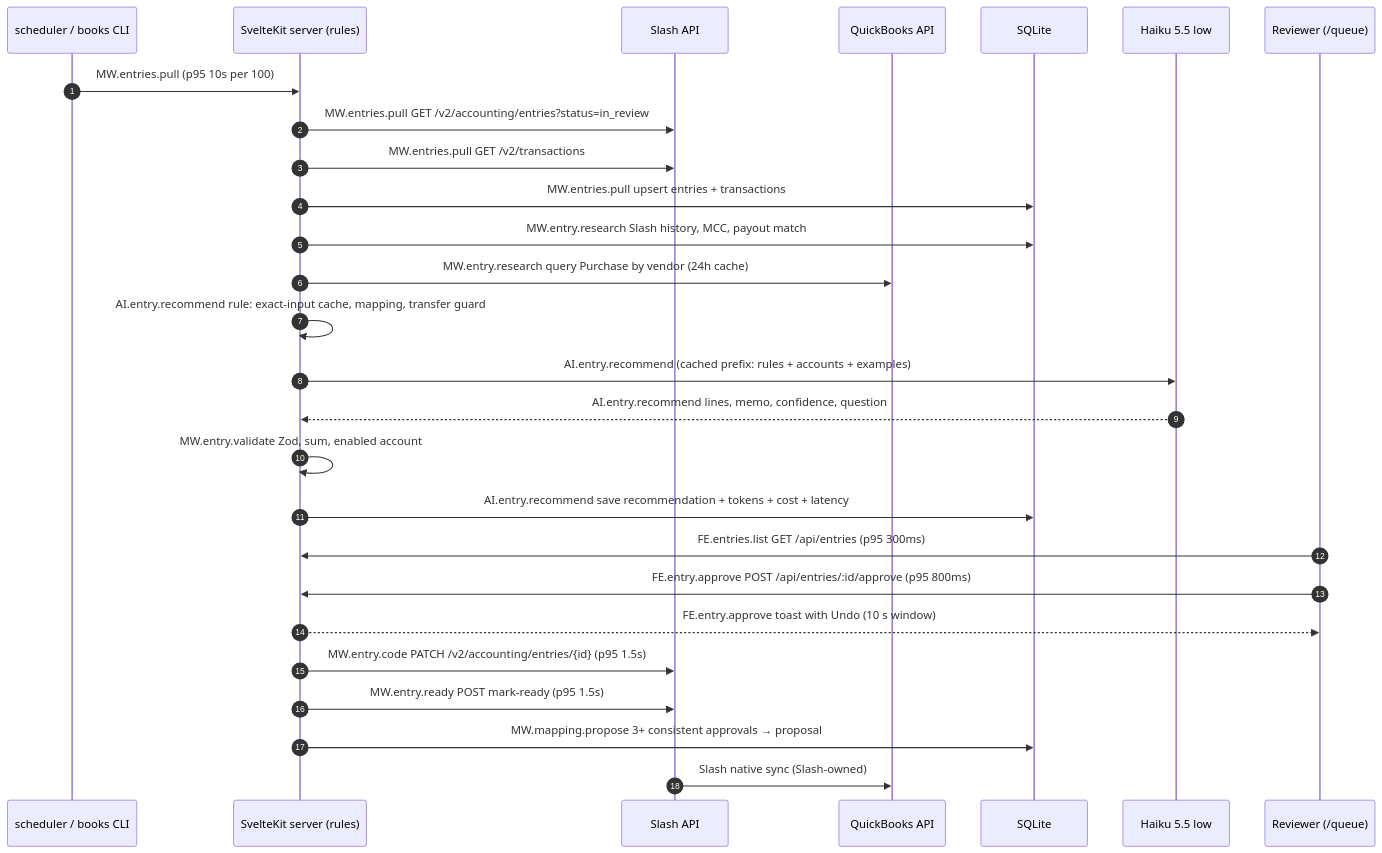
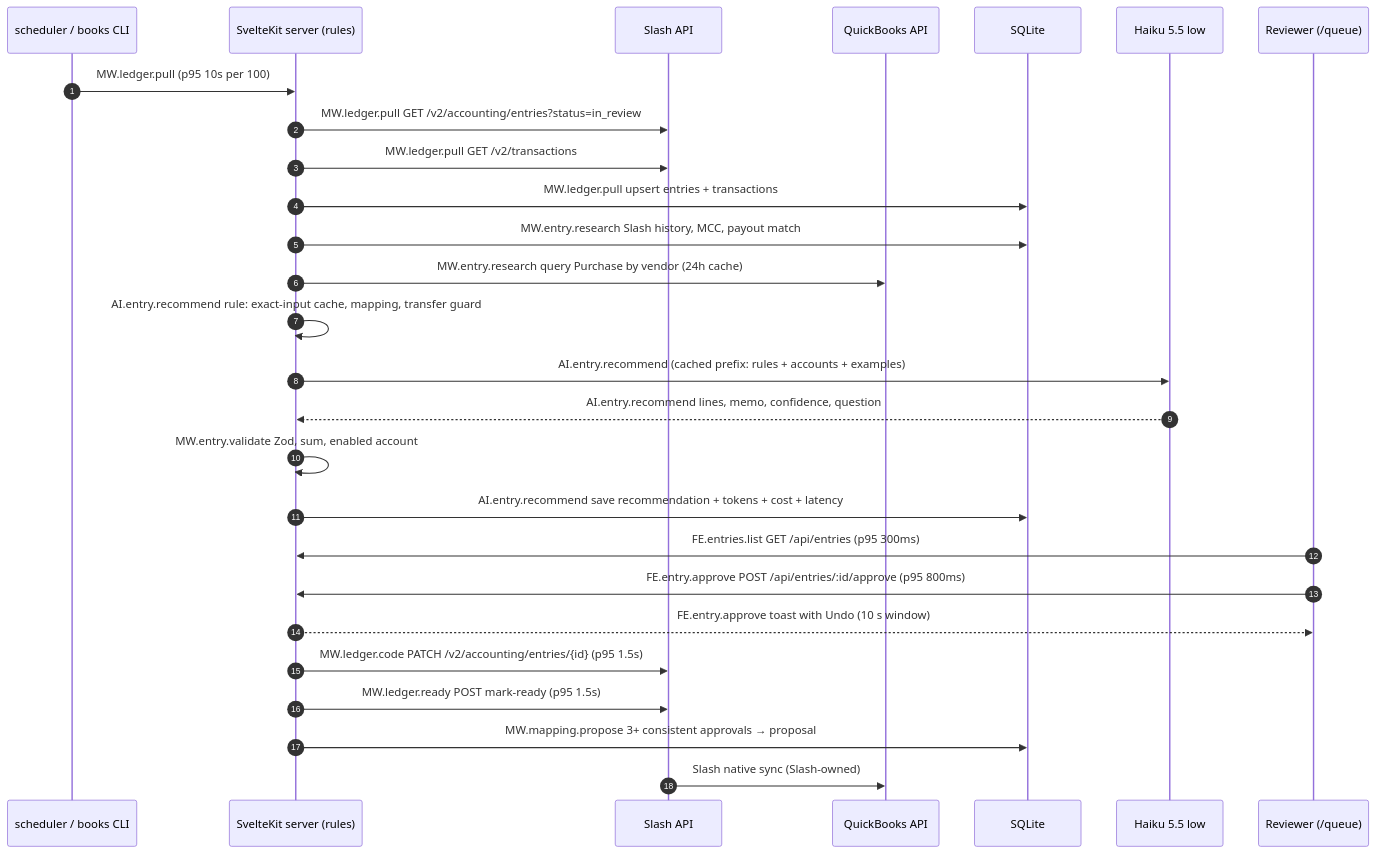
Before and after one commit to MAKaminski/svelte-accounting-agent: the fourth of 12 diagrams in ARCHITECTURE.md, drawn with Mermaid. The commit also changed other lines of this file and 67 other files, not shown here.

````diff
--- a/ARCHITECTURE.md
+++ b/ARCHITECTURE.md
@@ -343,29 +400,29 @@
 ```mermaid
 sequenceDiagram
   autonumber
   participant CRON as scheduler / books CLI
   participant MW as SvelteKit server (rules)
   participant SL as Slash API
   participant QB as QuickBooks API
   participant DB as SQLite
   participant H as Haiku 5.5 low
   participant U as Reviewer (/queue)
-  CRON->>MW: MW.entries.pull (p95 10s per 100)
-  MW->>SL: MW.entries.pull GET /v2/accounting/entries?status=in_review
-  MW->>SL: MW.entries.pull GET /v2/transactions
-  MW->>DB: MW.entries.pull upsert entries + transactions
+  CRON->>MW: MW.ledger.pull (p95 10s per 100)
+  MW->>SL: MW.ledger.pull GET /v2/accounting/entries?status=in_review
+  MW->>SL: MW.ledger.pull GET /v2/transactions
+  MW->>DB: MW.ledger.pull upsert entries + transactions
   MW->>DB: MW.entry.research Slash history, MCC, payout match
   MW->>QB: MW.entry.research query Purchase by vendor (24h cache)
   MW->>MW: AI.entry.recommend rule: exact-input cache, mapping, transfer guard
   MW->>H: AI.entry.recommend (cached prefix: rules + accounts + examples)
   H-->>MW: AI.entry.recommend lines, memo, confidence, question
   MW->>MW: MW.entry.validate Zod, sum, enabled account
   MW->>DB: AI.entry.recommend save recommendation + tokens + cost + latency
   U->>MW: FE.entries.list GET /api/entries (p95 300ms)
   U->>MW: FE.entry.approve POST /api/entries/:id/approve (p95 800ms)
   MW-->>U: FE.entry.approve toast with Undo (10 s window)
-  MW->>SL: MW.entry.code PATCH /v2/accounting/entries/{id} (p95 1.5s)
-  MW->>SL: MW.entry.ready POST mark-ready (p95 1.5s)
+  MW->>SL: MW.ledger.code PATCH /v2/accounting/entries/{id} (p95 1.5s)
+  MW->>SL: MW.ledger.ready POST mark-ready (p95 1.5s)
   MW->>DB: MW.mapping.propose 3+ consistent approvals → proposal
   SL->>QB: Slash native sync (Slash-owned)
 ```
````
